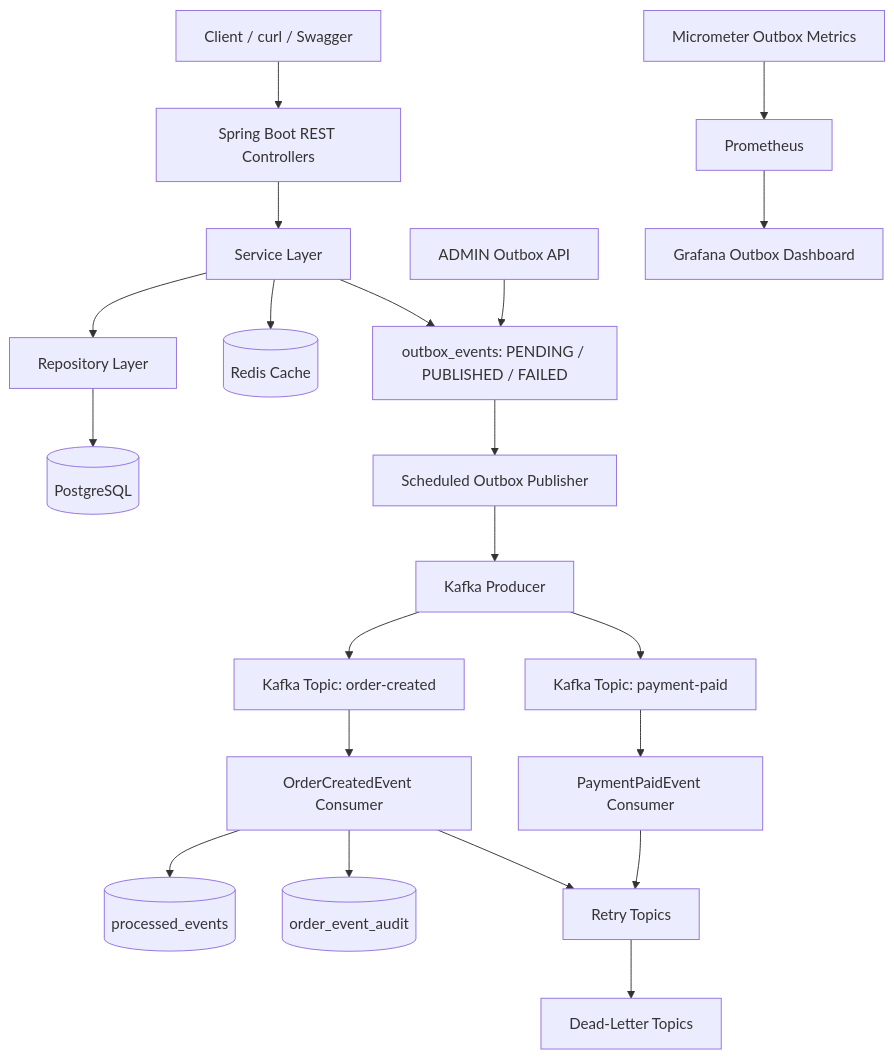
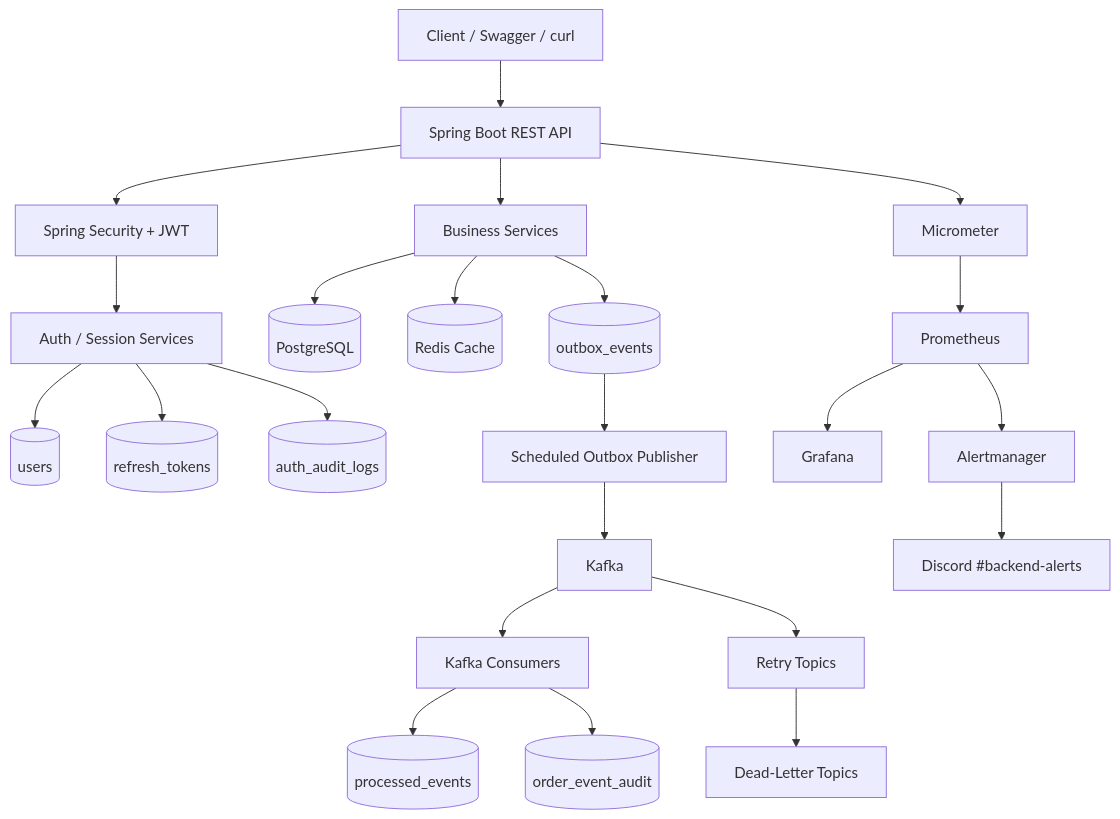
The diagram in README.md (ravan-chuang/spring-boot-ecommerce-backend), drawn with Mermaid before and after one commit. The commit also changed other lines of this file, not shown here.

Commit message:
docs: update README with reliability and security architecture

````diff
--- a/README.md
+++ b/README.md
@@ -651,30 +45,28 @@
 ```mermaid
 flowchart TD
-    Client[Client / curl / Swagger] --> Controller[Spring Boot REST Controllers]
-    Controller --> Service[Service Layer]
-    Service --> Repository[Repository Layer]
-    Repository --> PostgreSQL[(PostgreSQL)]
+    Client[Client / Swagger / curl] --> API[Spring Boot REST API]
+    API --> Security[Spring Security + JWT]
+    Security --> Auth[Auth / Session Services]
+    Auth --> Users[(users)]
+    Auth --> RefreshTokens[(refresh_tokens)]
+    Auth --> AuthAudit[(auth_audit_logs)]
 
-    Service --> Redis[(Redis Cache)]
-    Service --> Outbox[outbox_events: PENDING / PUBLISHED / FAILED]
+    API --> Services[Business Services]
+    Services --> PostgreSQL[(PostgreSQL)]
+    Services --> Redis[(Redis Cache)]
+    Services --> Outbox[(outbox_events)]
 
     Outbox --> Publisher[Scheduled Outbox Publisher]
-    Publisher --> Producer[Kafka Producer]
-    Producer --> OrderTopic[Kafka Topic: order-created]
-    Producer --> PaymentTopic[Kafka Topic: payment-paid]
+    Publisher --> Kafka[Kafka]
+    Kafka --> Consumer[Kafka Consumers]
+    Consumer --> Processed[(processed_events)]
+    Consumer --> OrderAudit[(order_event_audit)]
+    Kafka --> Retry[Retry Topics]
+    Retry --> DLT[Dead-Letter Topics]
 
-    OrderTopic --> OrderConsumer[OrderCreatedEvent Consumer]
-    PaymentTopic --> PaymentConsumer[PaymentPaidEvent Consumer]
-
-    OrderConsumer --> ProcessedEvents[(processed_events)]
-    OrderConsumer --> OrderAudit[(order_event_audit)]
-
-    OrderConsumer --> RetryTopic[Retry Topics]
-    PaymentConsumer --> RetryTopic
-    RetryTopic --> DLT[Dead-Letter Topics]
-
-    Admin[ADMIN Outbox API] --> Outbox
-
-    AppMetrics[Micrometer Outbox Metrics] --> Prometheus[Prometheus]
-    Prometheus --> Grafana[Grafana Outbox Dashboard]
+    API --> Metrics[Micrometer]
+    Metrics --> Prometheus[Prometheus]
+    Prometheus --> Grafana[Grafana]
+    Prometheus --> Alertmanager[Alertmanager]
+    Alertmanager --> Discord[Discord #backend-alerts]
 ```
````
